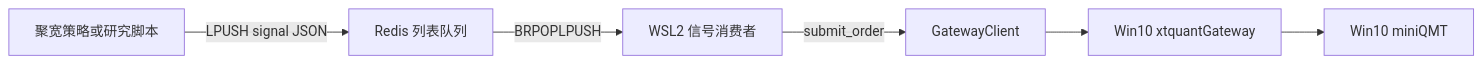
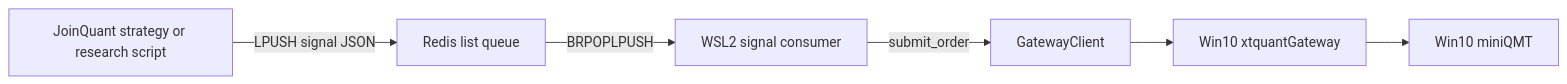
Before and after one commit to com0do/quant: the diagram in docs/04_joinquant.md, drawn with Mermaid. The commit also changed other lines of this file and 114 other files, not shown here.

````diff
--- a/docs/04_joinquant.md
+++ b/docs/04_joinquant.md
@@ -172,15 +177,15 @@
 ```mermaid
 flowchart LR
-    jqScript[聚宽策略或研究脚本]
-    redisList[Redis 列表队列]
-    consumer[WSL2 信号消费者]
+    jqScript[JoinQuant strategy or research script]
+    redisList[Redis list queue]
+    consumer[WSL2 signal consumer]
     gatewayClient[GatewayClient]
     xtGateway[Win10 xtquantGateway]
     miniQMT[Win10 miniQMT]
 
     jqScript -->|"LPUSH signal JSON"| redisList
     redisList -->|"BRPOPLPUSH"| consumer
     consumer -->|"submit_order"| gatewayClient
     gatewayClient --> xtGateway
     xtGateway --> miniQMT
 ```
````
